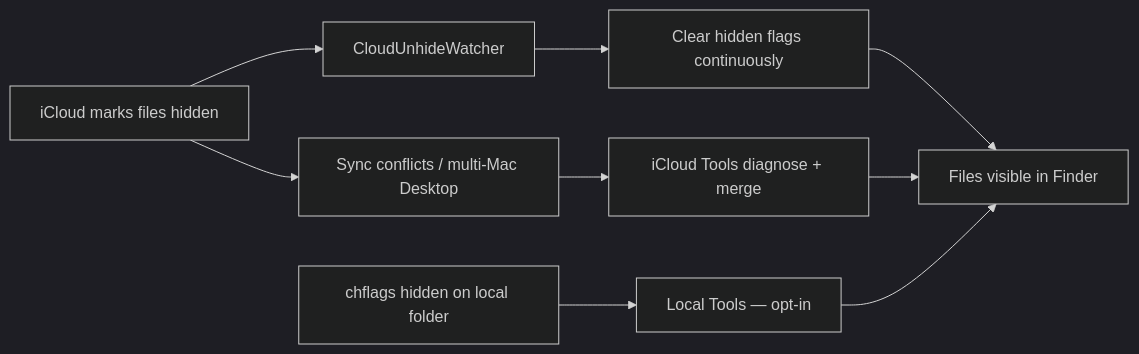
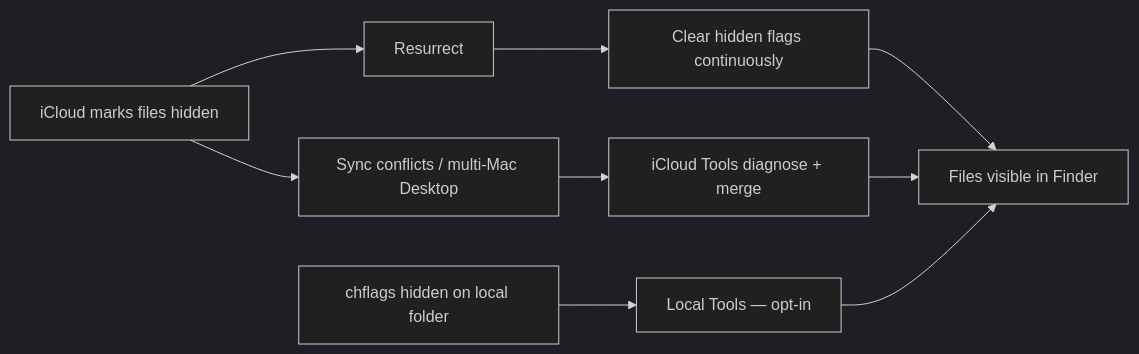
The diagram in docs/project-overview.md (roto31/Resurrect), drawn with Mermaid (dark theme) before and after one commit. The commit also changed other lines of this file and 25 other files, not shown here.

````diff
--- a/docs/project-overview.md
+++ b/docs/project-overview.md
@@ -9,11 +9,11 @@
 ```mermaid
 flowchart LR
-  Problem[iCloud marks files hidden] --> App[CloudUnhideWatcher]
+  Problem[iCloud marks files hidden] --> App[Resurrect]
   App --> Mitigate[Clear hidden flags continuously]
   Mitigate --> Finder[Files visible in Finder]
   Problem --> RootCause[Sync conflicts / multi-Mac Desktop]
   RootCause --> Tools[iCloud Tools diagnose + merge]
   Tools --> Finder
   LocalProb[chflags hidden on local folder] --> LocalAssist[Local Tools — opt-in]
   LocalAssist --> Finder
 ```
````
